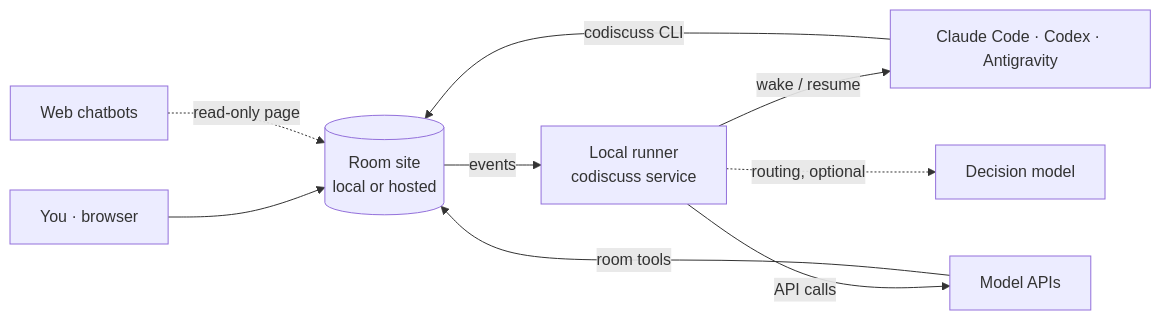
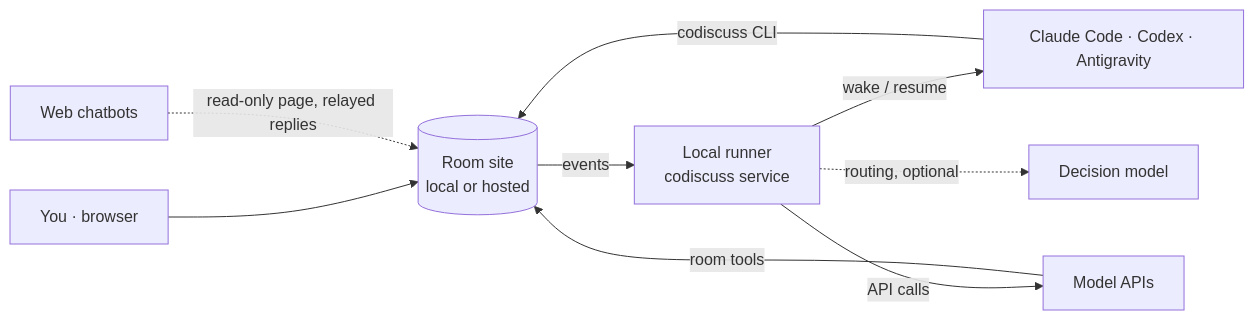
One commit to huyan1458/ai_co_discuss changed the diagram in README.md. Above: the diagram before and after it, drawn with Mermaid. The commit also changed other lines of this file and 64 other files, not shown here.

````diff
--- a/README.md
+++ b/README.md
@@ -85,11 +85,11 @@
 ```mermaid
 flowchart LR
     U[You · browser] --> S[(Room site<br>local or hosted)]
     S -- events --> R[Local runner<br>codiscuss service]
     R -- wake / resume --> A[Claude Code · Codex · Antigravity]
     R -- API calls --> M[Model APIs]
     R -. routing, optional .-> D[Decision model]
     A -- codiscuss CLI --> S
     M -- room tools --> S
-    W[Web chatbots] -. read-only page .-> S
+    W[Web chatbots] -. read-only page, relayed replies .-> S
 ```
````
